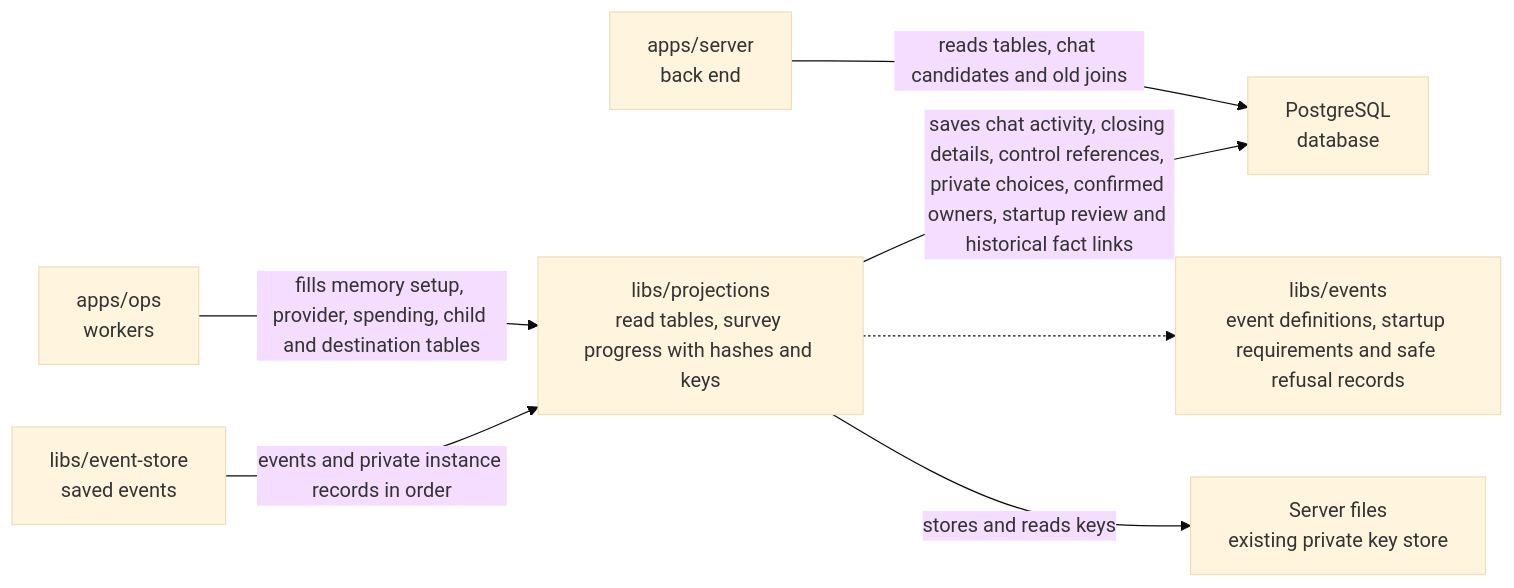
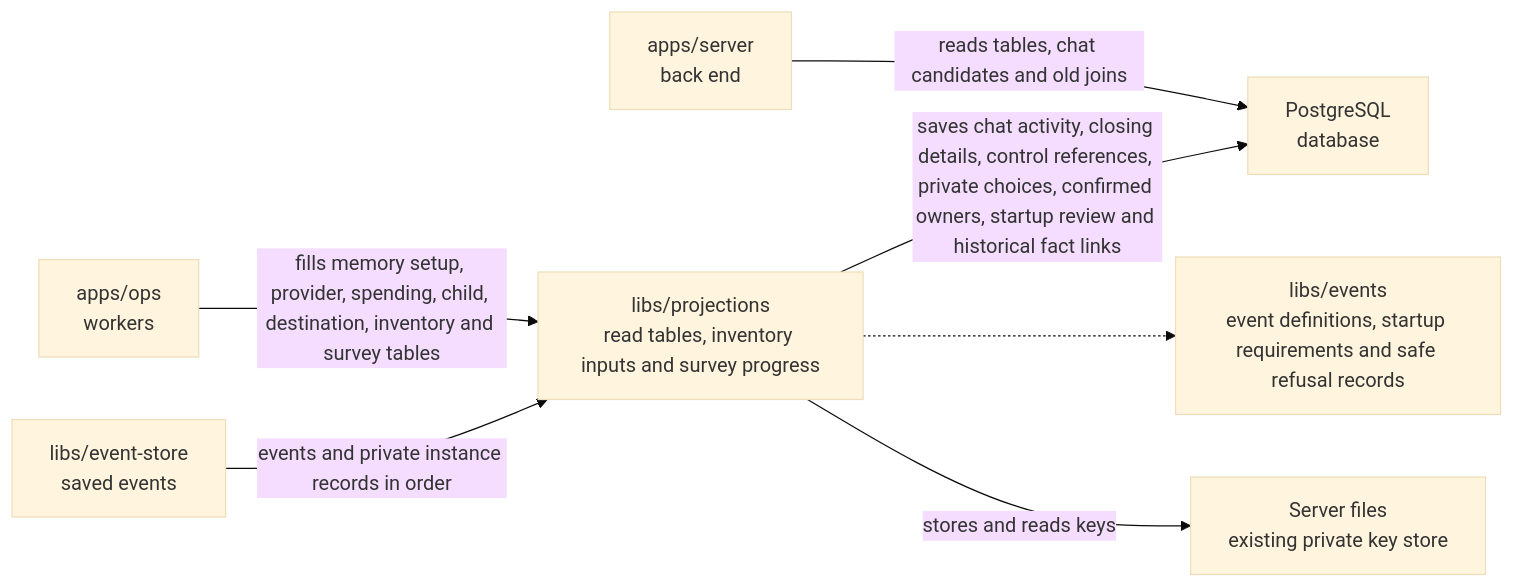
Before and after one commit to elewa-git/opencrane-new: the diagram in libs/projections/README.md, drawn with Mermaid (base theme). The commit also changed other lines of this file and 16 other files, not shown here.

Commit message:
🗂️ Index member inventory inputs and block incomplete reviews

````diff
--- a/libs/projections/README.md
+++ b/libs/projections/README.md
@@ -23,9 +23,9 @@
 ```mermaid
 flowchart LR
-  ops["apps/ops<br/>workers"] -->|fills memory setup, provider, spending, child and destination tables| projections["libs/projections<br/>read tables, survey progress with hashes and keys"]
+  ops["apps/ops<br/>workers"] -->|fills memory setup, provider, spending, child, destination, inventory and survey tables| projections["libs/projections<br/>read tables, inventory inputs and survey progress"]
   server["apps/server<br/>back end"] -->|reads tables, chat candidates and old joins| pg["PostgreSQL<br/>database"]
   projections -->|saves chat activity, closing details, control references, private choices, confirmed owners, startup review and historical fact links| pg
   store["libs/event-store<br/>saved events"] -->|events and private instance records in order| projections
   projections -.-> events["libs/events<br/>event definitions, startup requirements and safe refusal records"]
   projections -->|stores and reads keys| keys["Server files<br/>existing private key store"]
 ```
````
